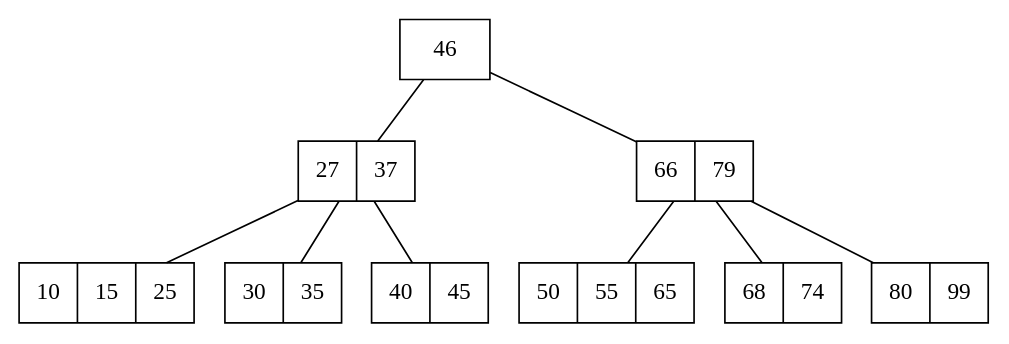
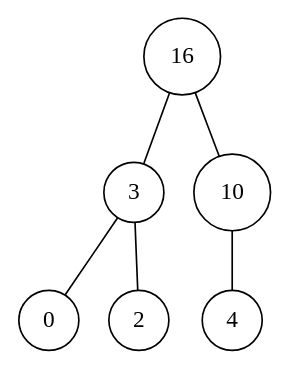
Before and after one commit to alek3y/cs: the diagram in src/ct0371-2/02/06/README.md, drawn with Graphviz. The commit also changed other lines of this file and 7 other files, not shown here.

````diff
--- a/src/ct0371-2/02/06/README.md
+++ b/src/ct0371-2/02/06/README.md
@@ -20,18 +6,8 @@
-	```dot process
-	graph {
-		node [shape=record]
-		0 [label="46"]
-		1 [label="27 | 37"]
-		2 [label="66 | 79"]
-		3 [label="10 | 15 | 25"]
-		4 [label="30 | 35"]
-		5 [label="40 | 45"]
-		6 [label="50 | 55 | 65"]
-		7 [label="68 | 74"]
-		8 [label="80 | 99"]
-
-		0 -- 1, 2
-		1 -- 3, 4, 5
-		2 -- 6, 7, 8
-	}
-	```
+```dot process
+graph {
+	node [shape=circle]
+	16 -- 3, 10
+	3 -- 0, 2
+	10 -- 4
+}
+```
````
